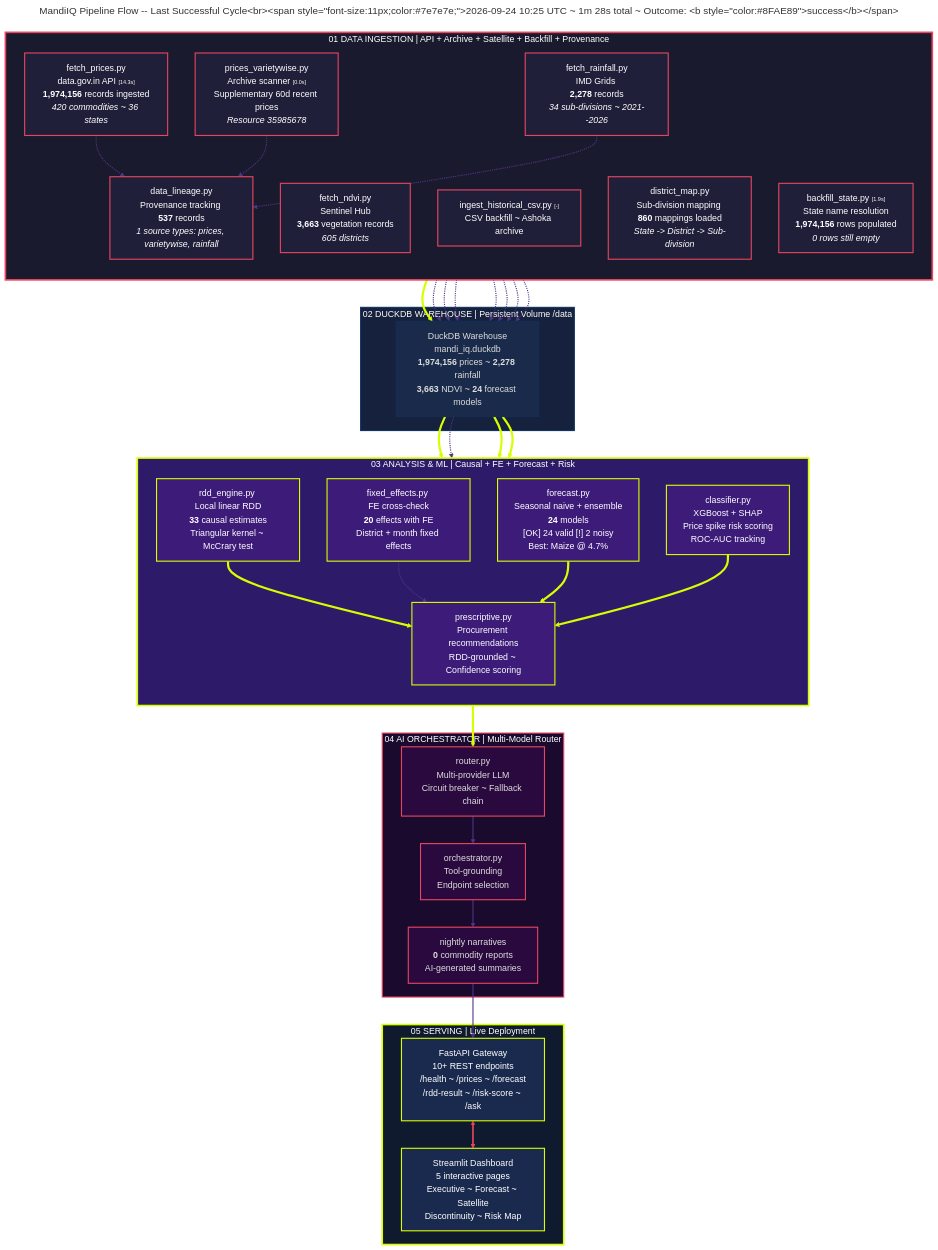
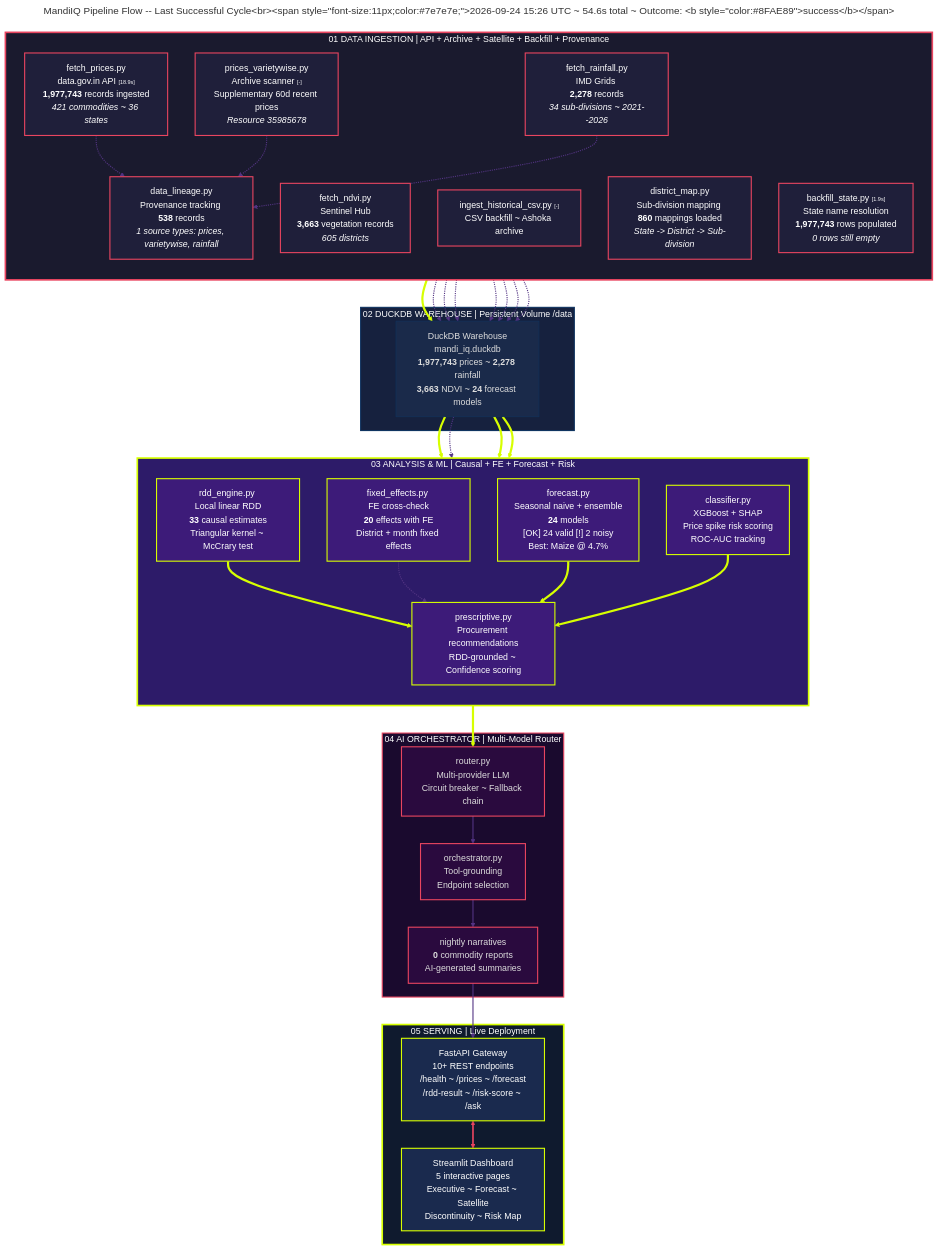
The diagram in diagrams/pipeline-flow-live.mmd (flawsom/test-mandi), drawn with Mermaid before and after one commit. The commit also changed 6 other files, not shown here.

```diff
--- a/diagrams/pipeline-flow-live.mmd
+++ b/diagrams/pipeline-flow-live.mmd
@@ -1,139 +1,139 @@
 ---
-title: "MandiIQ Pipeline Flow -- Last Successful Cycle<br/><span style='font-size:11px;color:#7e7e7e;'>2026-09-24 10:25 UTC ~ 1m 28s total ~ Outcome: <b style='color:#8FAE89'>success</b></span>"
+title: "MandiIQ Pipeline Flow -- Last Successful Cycle<br/><span style='font-size:11px;color:#7e7e7e;'>2026-09-24 15:26 UTC ~ 54.6s total ~ Outcome: <b style='color:#8FAE89'>success</b></span>"
 ---
 %%{init: {
   "theme": "dark",
   "themeVariables": {
     "primaryColor": "#1a1a2e",
     "primaryTextColor": "#ffffff",
     "primaryBorderColor": "#d7ff00",
     "lineColor": "#d7ff00",
     "secondaryColor": "#16213e",
     "tertiaryColor": "#0f3460",
     "mainBkg": "#0d0d1a",
     "nodeBorder": "#533483",
     "clusterBkg": "#0a0a12",
     "clusterBorder": "#2a2a4a",
     "titleColor": "#d7ff00",
     "edgeLabelBackground": "#0d0d1a",
     "nodeTextColor": "#ffffff",
     "fontFamily": "\"Space Grotesk\", \"Inter\", sans-serif"
   },
   "flowchart": {
     "useMaxWidth": true,
     "htmlLabels": true,
     "curve": "basis",
     "padding": 20
   }
 }%%
 flowchart TD
     %% Stage 1: DATA INGESTION
     subgraph S1["01 DATA INGESTION  | API + Archive + Satellite + Backfill + Provenance"]
         direction TB
-        A1["fetch_prices.py<br/>data.gov.in API <span style='color:#7e7e7e;font-size:10px;'>[14.3s]</span><br/><b>1,974,156</b> records ingested<br/><i>420 commodities ~ 36 states</i>"]
-        A2["prices_varietywise.py<br/>Archive scanner <span style='color:#7e7e7e;font-size:10px;'>[0.0s]</span><br/>Supplementary 60d recent prices<br/><i>Resource 35985678</i>"]
+        A1["fetch_prices.py<br/>data.gov.in API <span style='color:#7e7e7e;font-size:10px;'>[18.9s]</span><br/><b>1,977,743</b> records ingested<br/><i>421 commodities ~ 36 states</i>"]
+        A2["prices_varietywise.py<br/>Archive scanner <span style='color:#7e7e7e;font-size:10px;'>[-]</span><br/>Supplementary 60d recent prices<br/><i>Resource 35985678</i>"]
         A3["fetch_rainfall.py<br/>IMD Grids <br/><b>2,278</b> records<br/><i>34 sub-divisions ~ 2021--2026</i>"]
         A4["fetch_ndvi.py<br/>Sentinel Hub <br/><b>3,663</b> vegetation records<br/><i>605 districts</i>"]
         A5["ingest_historical_csv.py <span style='color:#7e7e7e;font-size:10px;'>[-]</span><br/>CSV backfill ~ Ashoka archive"]
         A6["district_map.py<br/>Sub-division mapping <br/><b>860</b> mappings loaded<br/><i>State -> District -> Sub-division</i>"]
-        A7["backfill_state.py <span style='color:#7e7e7e;font-size:10px;'>[1.9s]</span><br/>State name resolution<br/><b>1,974,156</b> rows populated<br/><i>0 rows still empty</i>"]
-        A8["data_lineage.py<br/>Provenance tracking <br/><b>537</b> records<br/><i>1 source types: prices, varietywise, rainfall</i>"]
+        A7["backfill_state.py <span style='color:#7e7e7e;font-size:10px;'>[1.9s]</span><br/>State name resolution<br/><b>1,977,743</b> rows populated<br/><i>0 rows still empty</i>"]
+        A8["data_lineage.py<br/>Provenance tracking <br/><b>538</b> records<br/><i>1 source types: prices, varietywise, rainfall</i>"]
     end
 
     %% Stage 2: DUCKDB WAREHOUSE
     subgraph S2["02 DUCKDB WAREHOUSE  | Persistent Volume /data"]
-        B1["DuckDB Warehouse<br/>mandi_iq.duckdb<br/><b>1,974,156</b> prices ~ <b>2,278</b> rainfall<br/><b>3,663</b> NDVI ~ <b>24</b> forecast models"]
+        B1["DuckDB Warehouse<br/>mandi_iq.duckdb<br/><b>1,977,743</b> prices ~ <b>2,278</b> rainfall<br/><b>3,663</b> NDVI ~ <b>24</b> forecast models"]
     end
 
     %% Stage 3: ANALYSIS & ML
     subgraph S3["03 ANALYSIS & ML  | Causal + FE + Forecast + Risk"]
         direction TB
         C1["rdd_engine.py <br/>Local linear RDD<br/><b>33</b> causal estimates<br/>Triangular kernel ~ McCrary test"]
         C2["fixed_effects.py <br/>FE cross-check<br/><b>20</b> effects with FE<br/>District + month fixed effects"]
         C3["forecast.py <br/>Seasonal naive + ensemble<br/><b>24</b> models<br/><span style='color:#8FAE89'>[OK] 24 valid</span> <span style='color:#D9663B'>[!] 2 noisy</span><br/>Best: Maize @ 4.7%"]
         C4["classifier.py <br/>XGBoost + SHAP<br/>Price spike risk scoring<br/>ROC-AUC tracking"]
         C5["prescriptive.py<br/>Procurement recommendations<br/>RDD-grounded ~ Confidence scoring"]
     end
 
     %% Stage 4: AI ORCHESTRATOR
     subgraph S4["04 AI ORCHESTRATOR  | Multi-Model Router"]
         D1["router.py<br/>Multi-provider LLM<br/>Circuit breaker ~ Fallback chain"]
         D2["orchestrator.py<br/>Tool-grounding<br/>Endpoint selection"]
         D3["nightly narratives<br/><b>0</b> commodity reports<br/>AI-generated summaries"]
     end
 
     %% Stage 5: SERVING
     subgraph S5["05 SERVING  | Live Deployment"]
         E1["FastAPI Gateway<br/>10+ REST endpoints<br/>/health ~ /prices ~ /forecast<br/>/rdd-result ~ /risk-score ~ /ask"]
         E2["Streamlit Dashboard<br/>5 interactive pages<br/>Executive ~ Forecast ~ Satellite<br/>Discontinuity ~ Risk Map"]
     end
 
     %% Main flow: ingestion -> warehouse
     A1 ==> B1
     A2 -.-> B1
     A3 -.-> B1
     A4 -.-> B1
     A5 -.-> B1
     A6 -.-> B1
     A7 -.-> B1
 
     %% Main flow: ingestion -> provenance tracking
     A1 -.-> A8
     A2 -.-> A8
     A3 -.-> A8
     A8 -.-> B1
 
     %% Main flow: warehouse -> analysis
     B1 ==> C1
     B1 -.-> C2
     B1 ==> C3
     B1 ==> C4
 
     %% Main flow: analysis -> prescriptive -> AI
     C1 ==> C5
     C2 -.-> C5
     C3 ==> C5
     C4 ==> C5
 
     C5 ==> D1
     D1 ==> D2
     D2 ==> D3
     D3 ==> E1
 
     E1 <==> E2
 
     %% Edge styling: thick = primary path
     linkStyle 0,11,13,14,15,17,18,19 stroke-width:4px,stroke:#d7ff00,fill:none
     linkStyle 1,2,3,4,5,6,7,8,9,10,12,16,20,21,22 stroke-width:2px,stroke:#533483,fill:none
     linkStyle 23 stroke-width:3px,stroke:#e94560,fill:none
 
     %% Stage classes
     classDef stage1 fill:#1a1a2e,stroke:#e94560,stroke-width:3px,color:#fff
     classDef stage1Node fill:#1f1f3a,stroke:#e94560,stroke-width:2px,color:#fff
 
     classDef stage2 fill:#16213e,stroke:#0f3460,stroke-width:2px,color:#fff
     classDef stage2Node fill:#1a2a4a,stroke:#0f3460,stroke-width:1px,color:#ddd
 
     classDef stage3 fill:#2d1b69,stroke:#d7ff00,stroke-width:3px,color:#fff
     classDef stage3Node fill:#3d1b79,stroke:#d7ff00,stroke-width:2px,color:#fff
 
     classDef stage4 fill:#1a0a2e,stroke:#e94560,stroke-width:2px,color:#fff
     classDef stage4Node fill:#2a0a3e,stroke:#e94560,stroke-width:2px,color:#ddd
 
     classDef stage5 fill:#0f1a2e,stroke:#d7ff00,stroke-width:3px,color:#fff
     classDef stage5Node fill:#1a2a4e,stroke:#d7ff00,stroke-width:2px,color:#fff
 
     class S1 stage1
     class A1,A2,A3,A4,A5,A6,A7,A8 stage1Node
 
     class S2 stage2
     class B1 stage2Node
 
     class S3 stage3
     class C1,C2,C3,C4,C5 stage3Node
 
     class S4 stage4
     class D1,D2,D3 stage4Node
 
     class S5 stage5
     class E1,E2 stage5Node
```
